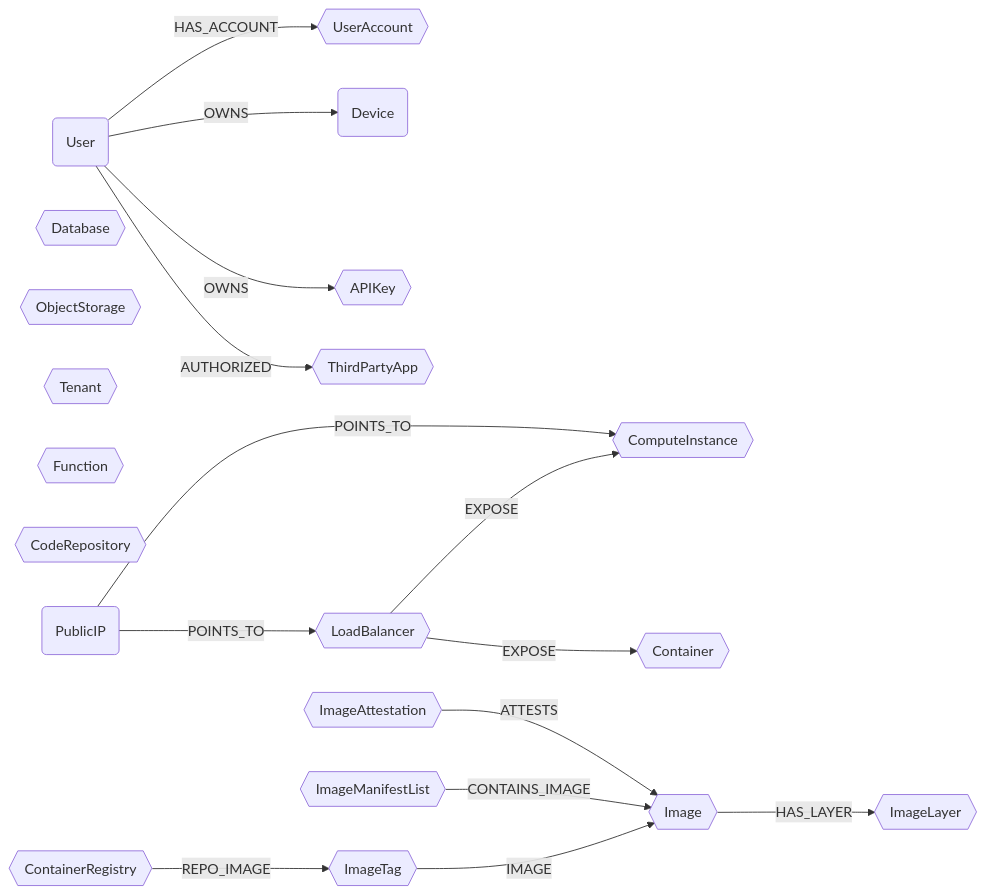
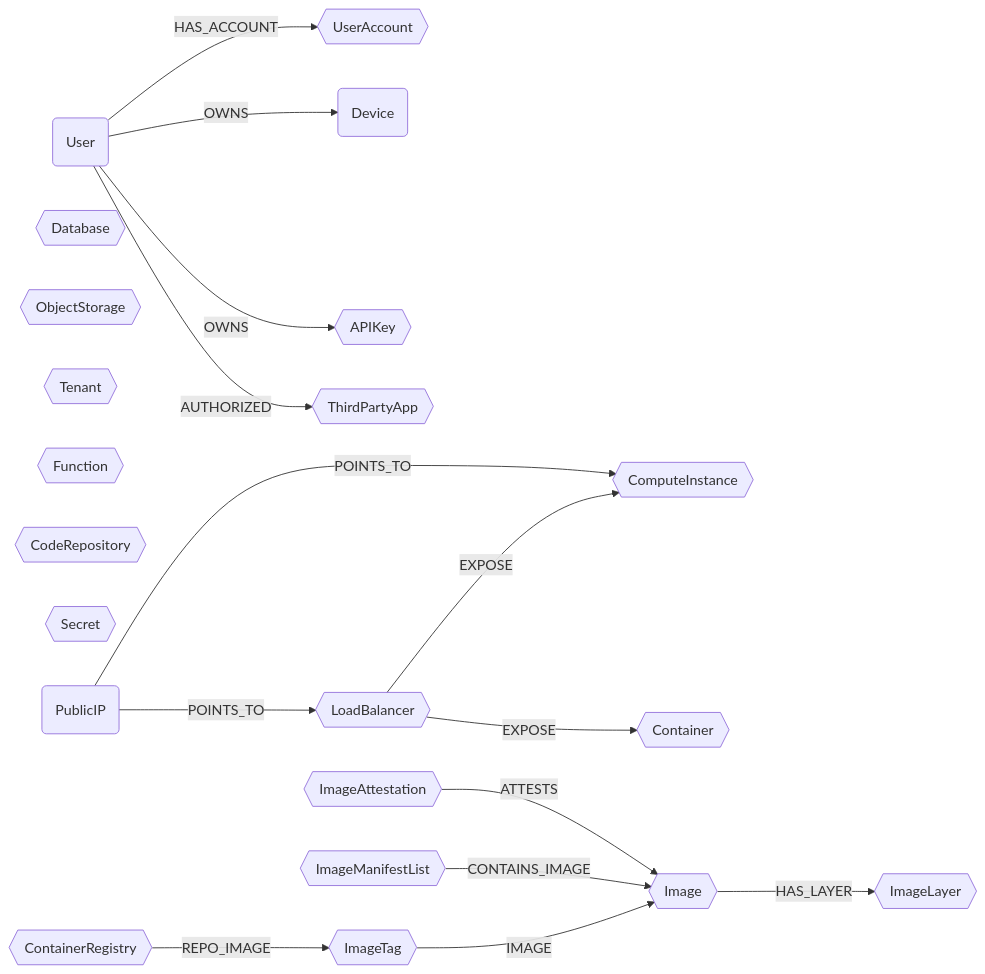
The diagram in docs/root/modules/ontology/schema.md (sec-js/cartography), drawn with Mermaid before and after one commit. The commit also changed other lines of this file and 12 other files, not shown here.

````diff
--- a/docs/root/modules/ontology/schema.md
+++ b/docs/root/modules/ontology/schema.md
@@ -6,22 +6,23 @@
 ```mermaid
 graph LR
 
 U(User) -- HAS_ACCOUNT --> UA{{UserAccount}}
 U -- OWNS --> CC(Device)
 U -- OWNS --> AK{{APIKey}}
 U -- AUTHORIZED --> OA{{ThirdPartyApp}}
 LB{{LoadBalancer}} -- EXPOSE --> CI{{ComputeInstance}}
 LB{{LoadBalancer}} -- EXPOSE --> CT{{Container}}
 DB{{Database}}
 OS{{ObjectStorage}}
 TN{{Tenant}}
 FN{{Function}}
 REPO{{CodeRepository}}
+SC{{Secret}}
 PIP(PublicIP) -- POINTS_TO --> LB
 PIP -- POINTS_TO --> CI
 CR{{ContainerRegistry}} -- REPO_IMAGE --> IT{{ImageTag}}
 IT -- IMAGE --> IM{{Image}}
 IML{{ImageManifestList}} -- CONTAINS_IMAGE --> IM
 IA{{ImageAttestation}} -- ATTESTS --> IM
 IM -- HAS_LAYER --> IL{{ImageLayer}}
 ```
````
